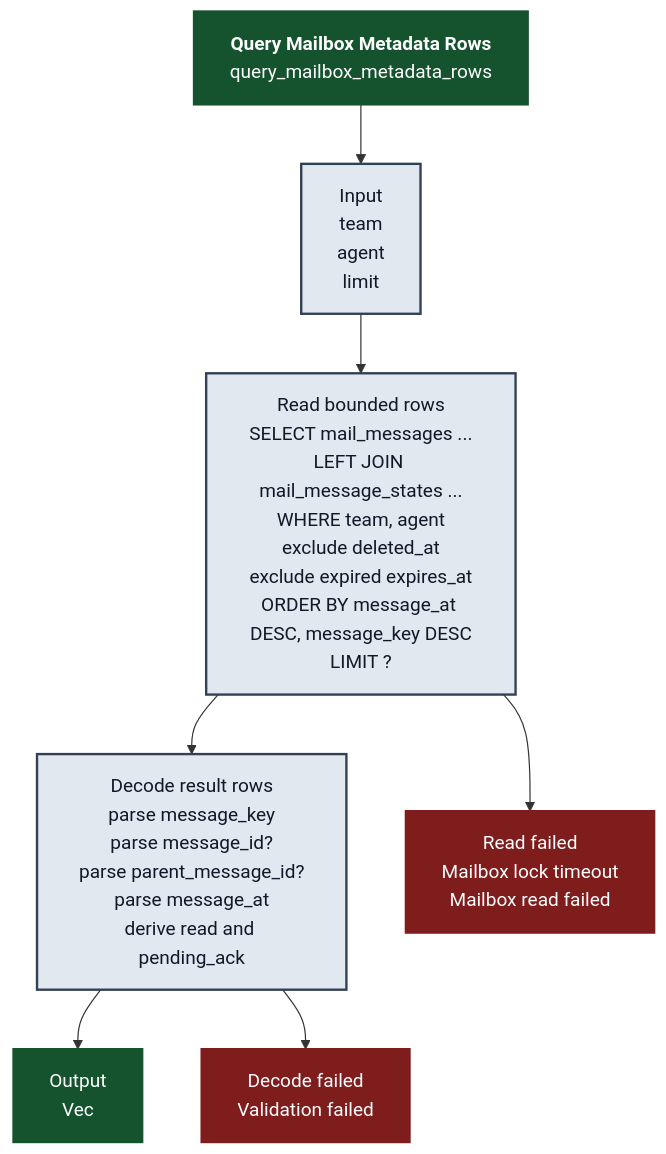
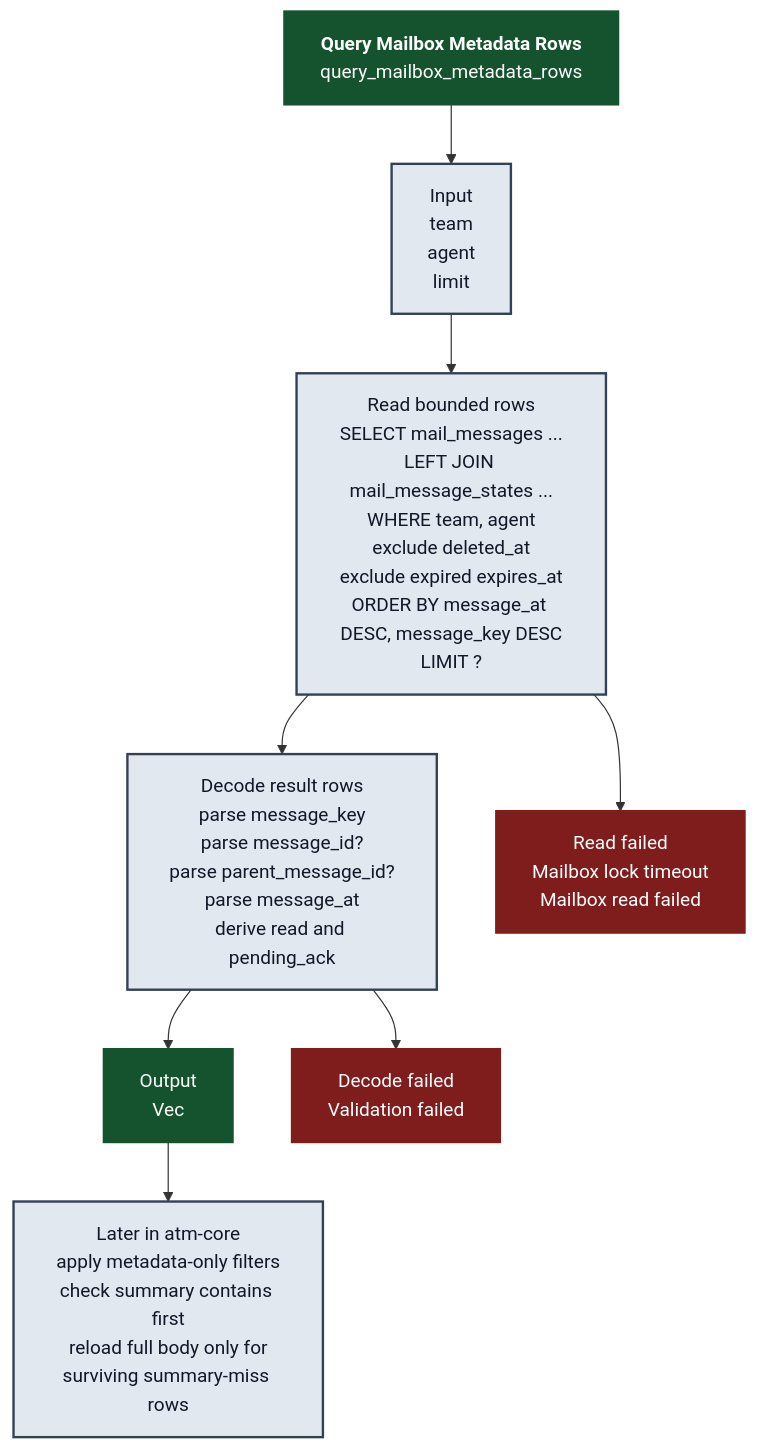
Before and after one commit to randlee/atm-core: the diagram in docs/atm-rusqlite/sql_query-mailbox-metadata-rows.mmd, drawn with Mermaid. The commit also changed 13 other files, not shown here.

Commit message:
AD.20 repair metadata-backed contains body matching

```diff
--- a/docs/atm-rusqlite/sql_query-mailbox-metadata-rows.mmd
+++ b/docs/atm-rusqlite/sql_query-mailbox-metadata-rows.mmd
@@ -1,42 +1,47 @@
 %% title: `Query Mailbox Metadata Rows`
 %% summary: Public sqlite-store method `query_mailbox_metadata_rows`.
-%% commentary: This SQL path returns bounded mailbox header rows. It joins immutable message rows with the unified mutable state row, filters deleted and expired messages, then decodes the row set into `MailboxMetadataRow` values.
+%% commentary: This SQL path returns bounded mailbox header rows. It joins immutable message rows with the unified mutable state row, filters deleted and expired messages, then decodes the row set into `MailboxMetadataRow` values. AD.20 keeps durable body text out of this query; `--contains` reloads full message text only for surviving summary-miss candidates later in atm-core.
 %% read_tables: mail_messages, mail_message_states
 %% write_tables:
 %% notes: reads: 1 | writes: 0 | joins: 1 | transactions: 0
 %% sets: query
 flowchart TD
     A["<b>Query Mailbox Metadata Rows</b><br/>query_mailbox_metadata_rows"]
     A --> I["Input
 team
 agent
 limit"]
     I --> R["Read bounded rows
 SELECT mail_messages ...
 LEFT JOIN mail_message_states ...
 WHERE team, agent
 exclude deleted_at
 exclude expired expires_at
 ORDER BY message_at DESC, message_key DESC
 LIMIT ?"]
     R --> D["Decode result rows
 parse message_key
 parse message_id?
 parse parent_message_id?
 parse message_at
 derive read and pending_ack"]
     D --> O["Output
 Vec<MailboxMetadataRow>"]
+    O --> C["Later in atm-core
+apply metadata-only filters
+check summary contains first
+reload full body only for
+surviving summary-miss rows"]
     R --> ER["Read failed
 Mailbox lock timeout
 Mailbox read failed"]
     D --> EM["Decode failed
 Validation failed"]
 
     classDef happy fill:#14532d,color:#ffffff,stroke:#14532d,stroke-width:2px;
     classDef error fill:#7f1d1d,color:#ffffff,stroke:#7f1d1d,stroke-width:2px;
     classDef neutral fill:#e2e8f0,color:#111827,stroke:#334155,stroke-width:2px;
 
     class A,O happy;
     class ER,EM error;
-    class I,R,D neutral;
+    class I,R,D,C neutral;
```
